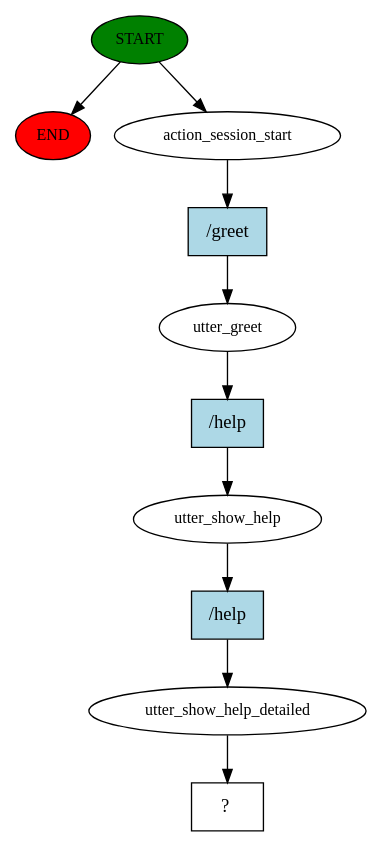
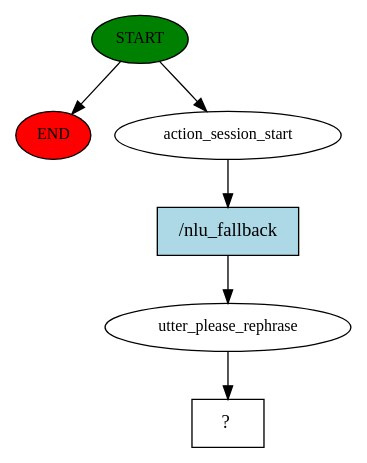
Before and after one commit to javiredracing/chatbot: the diagram in story_graph.dot, drawn with Graphviz. The commit also changed 11 other files, not shown here.

```diff
--- a/story_graph.dot
+++ b/story_graph.dot
@@ -1,21 +1,13 @@
 digraph  {
 0 [class="start active", fillcolor=green, fontsize=12, label=START, style=filled];
 "-1" [class=end, fillcolor=red, fontsize=12, label=END, style=filled];
 1 [class=active, fontsize=12, label=action_session_start];
-2 [class=active, fontsize=12, label=utter_greet];
-3 [class=active, fontsize=12, label=utter_show_help];
-4 [class=active, fontsize=12, label=utter_show_help_detailed];
-5 [class="intent dashed active", label="  ?  ", shape=rect];
-6 [class="intent active", fillcolor=lightblue, label="/greet", shape=rect, style=filled];
-7 [class="intent active", fillcolor=lightblue, label="/help", shape=rect, style=filled];
-8 [class="intent active", fillcolor=lightblue, label="/help", shape=rect, style=filled];
+2 [class=active, fontsize=12, label=utter_please_rephrase];
+3 [class="intent dashed active", label="  ?  ", shape=rect];
+4 [class="intent active", fillcolor=lightblue, label="/nlu_fallback", shape=rect, style=filled];
 0 -> "-1"  [class="", key=NONE, label=""];
 0 -> 1  [class=active, key=NONE, label=""];
-1 -> 6  [class=active, key=0];
-2 -> 7  [class=active, key=0];
-3 -> 8  [class=active, key=0];
-4 -> 5  [class=active, key=NONE, label=""];
-6 -> 2  [class=active, key=0];
-7 -> 3  [class=active, key=0];
-8 -> 4  [class=active, key=0];
+1 -> 4  [class=active, key=0];
+2 -> 3  [class=active, key=NONE, label=""];
+4 -> 2  [class=active, key=0];
 }
```
